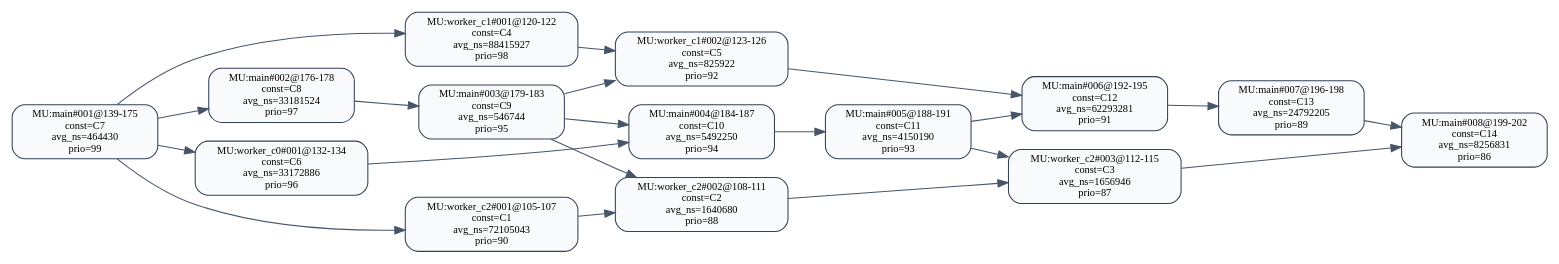
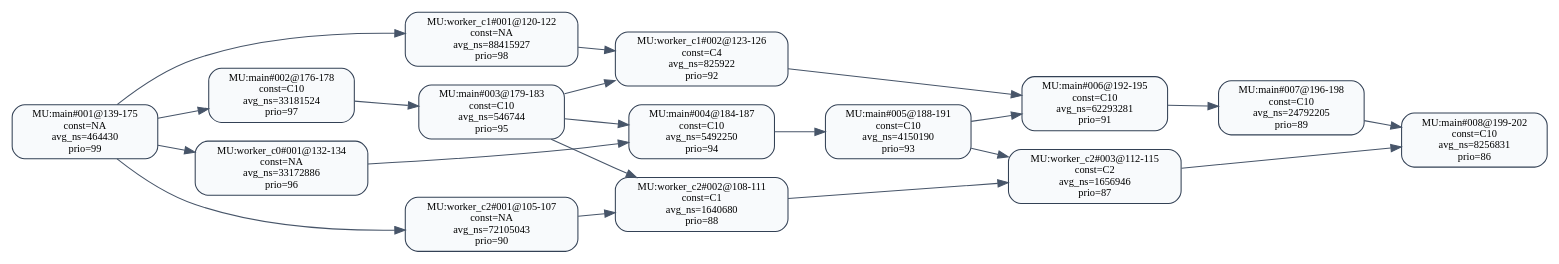
The diagram in 中间结果/zhang2/pipeline/validation/level2/effective_line_merge/lpf/dag_seg_annotated.dot (RTS-SYSU/DAG-Gen), drawn with Graphviz before and after one commit. The commit also changed 1492 other files, not shown here.

```diff
--- a/中间结果/zhang2/pipeline/validation/level2/effective_line_merge/lpf/dag_seg_annotated.dot
+++ b/中间结果/zhang2/pipeline/validation/level2/effective_line_merge/lpf/dag_seg_annotated.dot
@@ -1,38 +1,38 @@
 digraph dag_seg_annotated {
   rankdir=LR;
   node [shape=box, style="rounded,filled", fillcolor="#F8FAFC", color="#334155", fontsize=10];
   edge [color="#475569"];
-  "MU:main#001@139-175" [label="MU:main#001@139-175\nconst=C7\navg_ns=464430\nprio=99"];
-  "MU:main#002@176-178" [label="MU:main#002@176-178\nconst=C8\navg_ns=33181524\nprio=97"];
-  "MU:main#003@179-183" [label="MU:main#003@179-183\nconst=C9\navg_ns=546744\nprio=95"];
+  "MU:main#001@139-175" [label="MU:main#001@139-175\nconst=NA\navg_ns=464430\nprio=99"];
+  "MU:main#002@176-178" [label="MU:main#002@176-178\nconst=C10\navg_ns=33181524\nprio=97"];
+  "MU:main#003@179-183" [label="MU:main#003@179-183\nconst=C10\navg_ns=546744\nprio=95"];
   "MU:main#004@184-187" [label="MU:main#004@184-187\nconst=C10\navg_ns=5492250\nprio=94"];
-  "MU:main#005@188-191" [label="MU:main#005@188-191\nconst=C11\navg_ns=4150190\nprio=93"];
-  "MU:main#006@192-195" [label="MU:main#006@192-195\nconst=C12\navg_ns=62293281\nprio=91"];
-  "MU:main#007@196-198" [label="MU:main#007@196-198\nconst=C13\navg_ns=24792205\nprio=89"];
-  "MU:main#008@199-202" [label="MU:main#008@199-202\nconst=C14\navg_ns=8256831\nprio=86"];
-  "MU:worker_c0#001@132-134" [label="MU:worker_c0#001@132-134\nconst=C6\navg_ns=33172886\nprio=96"];
-  "MU:worker_c1#001@120-122" [label="MU:worker_c1#001@120-122\nconst=C4\navg_ns=88415927\nprio=98"];
-  "MU:worker_c1#002@123-126" [label="MU:worker_c1#002@123-126\nconst=C5\navg_ns=825922\nprio=92"];
-  "MU:worker_c2#001@105-107" [label="MU:worker_c2#001@105-107\nconst=C1\navg_ns=72105043\nprio=90"];
-  "MU:worker_c2#002@108-111" [label="MU:worker_c2#002@108-111\nconst=C2\navg_ns=1640680\nprio=88"];
-  "MU:worker_c2#003@112-115" [label="MU:worker_c2#003@112-115\nconst=C3\navg_ns=1656946\nprio=87"];
+  "MU:main#005@188-191" [label="MU:main#005@188-191\nconst=C10\navg_ns=4150190\nprio=93"];
+  "MU:main#006@192-195" [label="MU:main#006@192-195\nconst=C10\navg_ns=62293281\nprio=91"];
+  "MU:main#007@196-198" [label="MU:main#007@196-198\nconst=C10\navg_ns=24792205\nprio=89"];
+  "MU:main#008@199-202" [label="MU:main#008@199-202\nconst=C10\navg_ns=8256831\nprio=86"];
+  "MU:worker_c0#001@132-134" [label="MU:worker_c0#001@132-134\nconst=NA\navg_ns=33172886\nprio=96"];
+  "MU:worker_c1#001@120-122" [label="MU:worker_c1#001@120-122\nconst=NA\navg_ns=88415927\nprio=98"];
+  "MU:worker_c1#002@123-126" [label="MU:worker_c1#002@123-126\nconst=C4\navg_ns=825922\nprio=92"];
+  "MU:worker_c2#001@105-107" [label="MU:worker_c2#001@105-107\nconst=NA\navg_ns=72105043\nprio=90"];
+  "MU:worker_c2#002@108-111" [label="MU:worker_c2#002@108-111\nconst=C1\navg_ns=1640680\nprio=88"];
+  "MU:worker_c2#003@112-115" [label="MU:worker_c2#003@112-115\nconst=C2\navg_ns=1656946\nprio=87"];
   "MU:worker_c2#001@105-107" -> "MU:worker_c2#002@108-111";
   "MU:worker_c2#002@108-111" -> "MU:worker_c2#003@112-115";
   "MU:worker_c1#001@120-122" -> "MU:worker_c1#002@123-126";
   "MU:main#001@139-175" -> "MU:main#002@176-178";
   "MU:main#002@176-178" -> "MU:main#003@179-183";
   "MU:main#003@179-183" -> "MU:main#004@184-187";
   "MU:main#004@184-187" -> "MU:main#005@188-191";
   "MU:main#005@188-191" -> "MU:main#006@192-195";
   "MU:main#006@192-195" -> "MU:main#007@196-198";
   "MU:main#007@196-198" -> "MU:main#008@199-202";
   "MU:main#001@139-175" -> "MU:worker_c0#001@132-134";
   "MU:main#001@139-175" -> "MU:worker_c1#001@120-122";
   "MU:main#001@139-175" -> "MU:worker_c2#001@105-107";
   "MU:worker_c0#001@132-134" -> "MU:main#004@184-187";
   "MU:worker_c1#002@123-126" -> "MU:main#006@192-195";
   "MU:worker_c2#003@112-115" -> "MU:main#008@199-202";
   "MU:main#003@179-183" -> "MU:worker_c2#002@108-111";
   "MU:main#005@188-191" -> "MU:worker_c2#003@112-115";
   "MU:main#003@179-183" -> "MU:worker_c1#002@123-126";
 }
```
